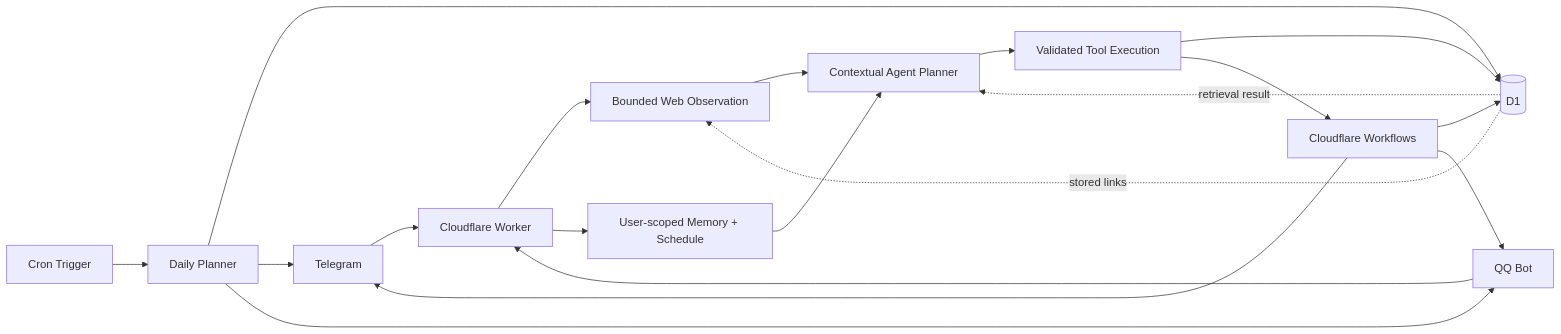
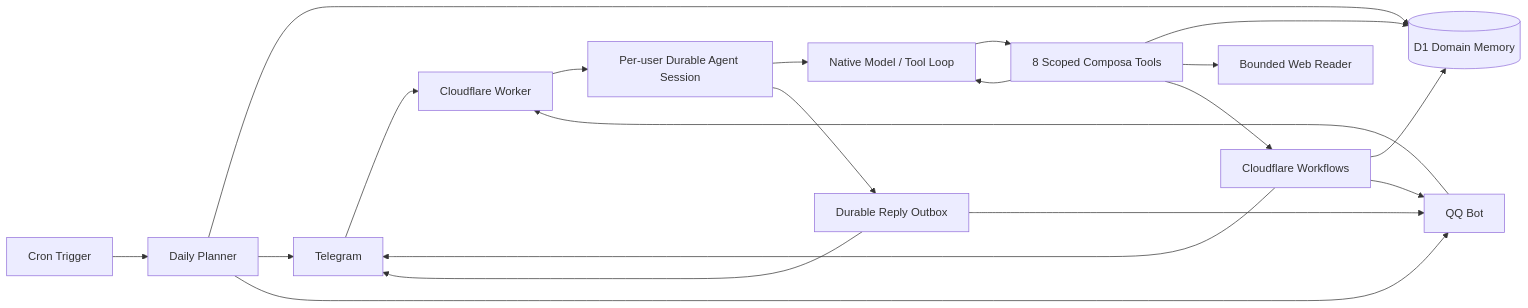
One commit to kinamind/Desk-IX changed the diagram in README.md. Above: the diagram before and after it, drawn with Mermaid. The commit also changed other lines of this file and 46 other files, not shown here.

Commit message:
Replace intent router with durable agent runtime

````diff
--- a/README.md
+++ b/README.md
@@ -38,21 +38,22 @@
 ```mermaid
 flowchart LR
   TG["Telegram"] --> WH["Cloudflare Worker"]
   QQ["QQ Bot"] --> WH
-  WH --> OBS["Bounded Web Observation"]
-  WH --> CTX["User-scoped Memory + Schedule"]
-  OBS --> AI["Contextual Agent Planner"]
-  CTX --> AI
-  AI --> EX["Validated Tool Execution"]
-  EX --> D1[("D1")]
-  D1 -. "stored links" .-> OBS
-  EX --> WF["Cloudflare Workflows"]
-  D1 -. "retrieval result" .-> AI
+  WH --> DO["Per-user Durable Agent Session"]
+  DO --> AI["Native Model / Tool Loop"]
+  AI --> TOOLS["8 Scoped Composa Tools"]
+  TOOLS --> AI
+  TOOLS --> D1[("D1 Domain Memory")]
+  TOOLS --> WEB["Bounded Web Reader"]
+  TOOLS --> WF["Cloudflare Workflows"]
+  DO --> OUT["Durable Reply Outbox"]
+  OUT --> TG
+  OUT --> QQ
   WF --> D1
   WF --> TG
   WF --> QQ
   CR["Cron Trigger"] --> PLAN["Daily Planner"]
   PLAN --> D1
   PLAN --> TG
   PLAN --> QQ
 ```
````
